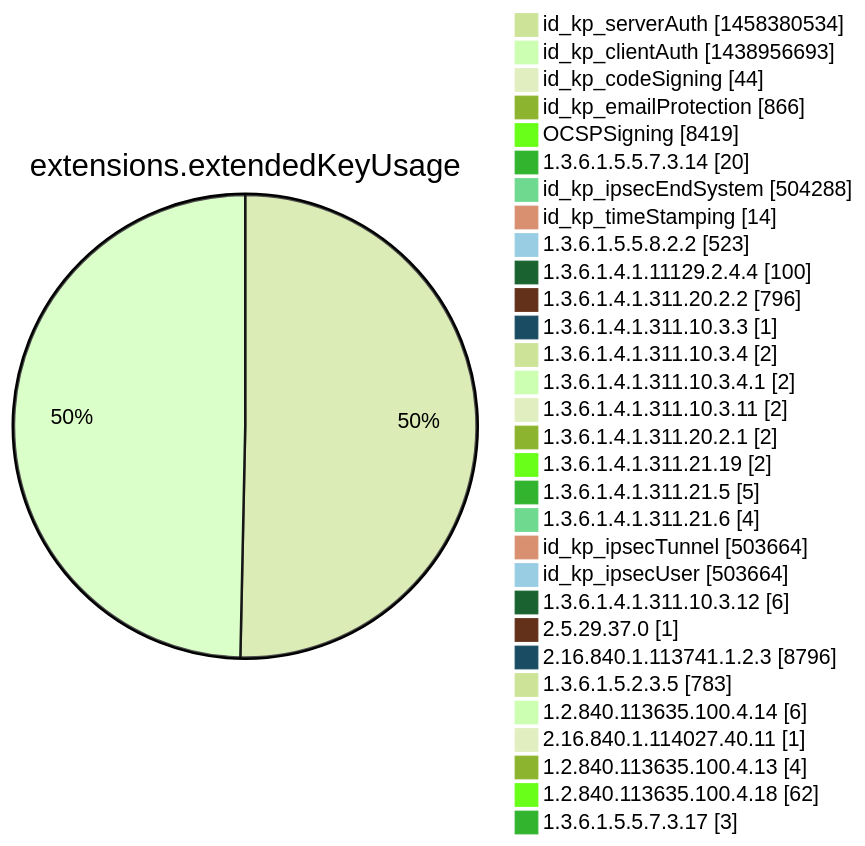
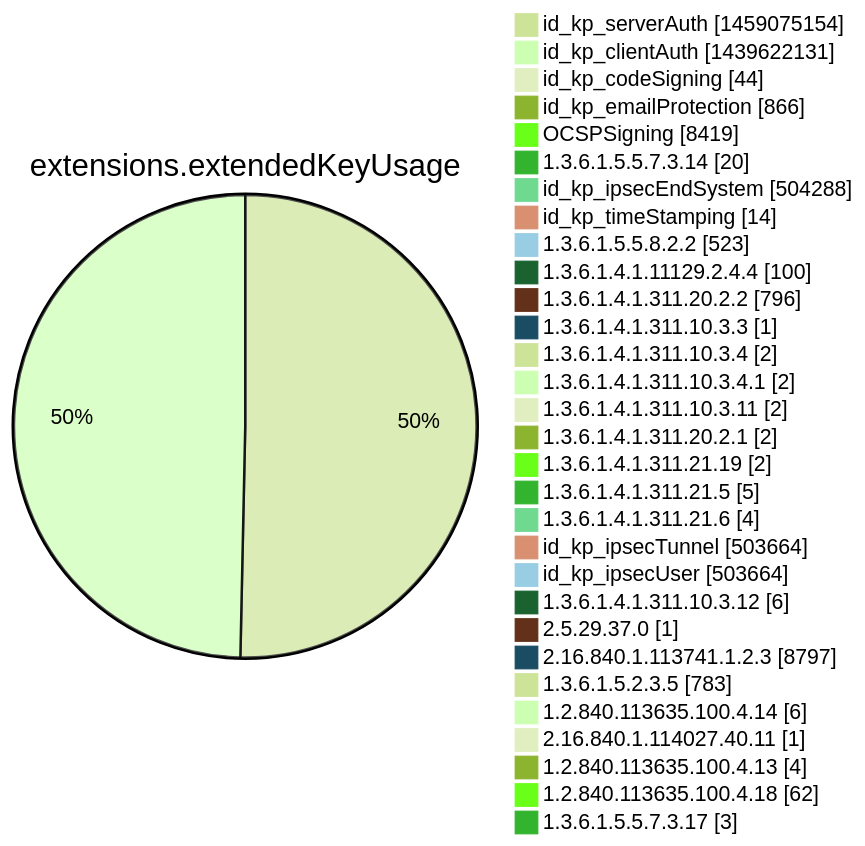
Before and after one commit to christiankrug/ctmonitor_visualization: diagram 12 of 15 in argon2022/README.md, drawn with Mermaid (forest theme). The commit also changed other lines of this file, not shown here.

````diff
--- a/argon2022/README.md
+++ b/argon2022/README.md
@@ -3555,34 +3555,34 @@
 ```mermaid
 pie showData
 title extensions.extendedKeyUsage
-"id_kp_serverAuth" :1458380534
-"id_kp_clientAuth" :1438956693
+"id_kp_serverAuth" :1459075154
+"id_kp_clientAuth" :1439622131
 "id_kp_codeSigning" :44
 "id_kp_emailProtection" :866
 "OCSPSigning" :8419
 "1.3.6.1.5.5.7.3.14" :20
 "id_kp_ipsecEndSystem" :504288
 "id_kp_timeStamping" :14
 "1.3.6.1.5.5.8.2.2" :523
 "1.3.6.1.4.1.11129.2.4.4" :100
 "1.3.6.1.4.1.311.20.2.2" :796
 "1.3.6.1.4.1.311.10.3.3" :1
 "1.3.6.1.4.1.311.10.3.4" :2
 "1.3.6.1.4.1.311.10.3.4.1" :2
 "1.3.6.1.4.1.311.10.3.11" :2
 "1.3.6.1.4.1.311.20.2.1" :2
 "1.3.6.1.4.1.311.21.19" :2
 "1.3.6.1.4.1.311.21.5" :5
 "1.3.6.1.4.1.311.21.6" :4
 "id_kp_ipsecTunnel" :503664
 "id_kp_ipsecUser" :503664
 "1.3.6.1.4.1.311.10.3.12" :6
 "2.5.29.37.0" :1
-"2.16.840.1.113741.1.2.3" :8796
+"2.16.840.1.113741.1.2.3" :8797
 "1.3.6.1.5.2.3.5" :783
 "1.2.840.113635.100.4.14" :6
 "2.16.840.1.114027.40.11" :1
 "1.2.840.113635.100.4.13" :4
 "1.2.840.113635.100.4.18" :62
 "1.3.6.1.5.5.7.3.17" :3
 ```
````
